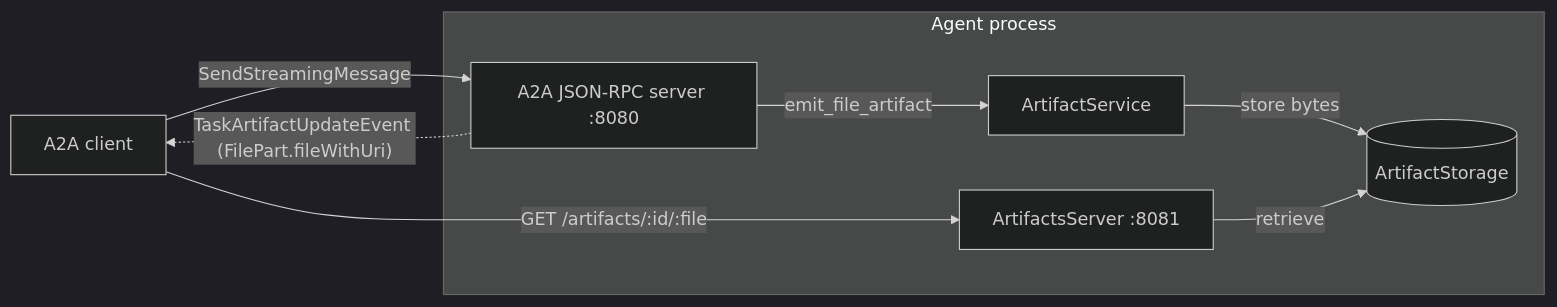
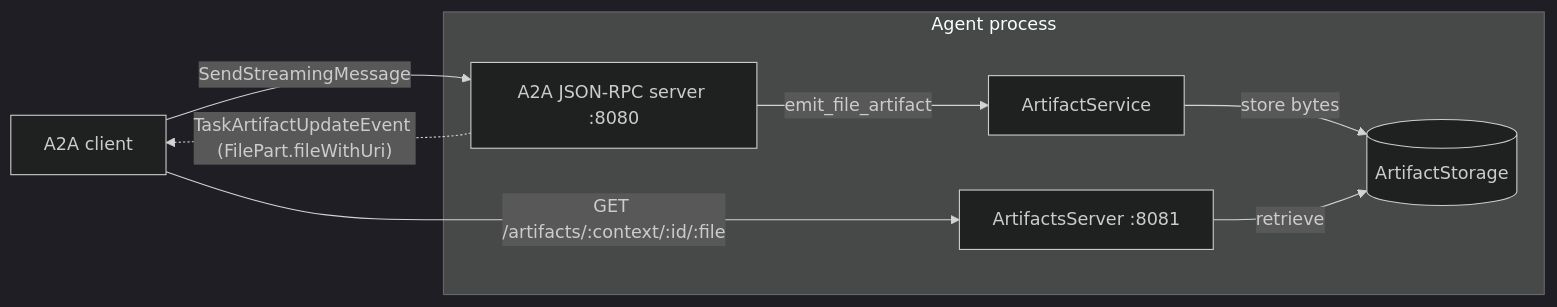
Before and after one commit to inference-gateway/docs: the diagram in rust-adk.md, drawn with Mermaid (dark theme). The commit also changed other lines of this file, not shown here.

````diff
--- a/rust-adk.md
+++ b/rust-adk.md
@@ -946,16 +946,16 @@
 ```mermaid
 flowchart LR
     client["A2A client"]
     subgraph proc["Agent process"]
       a2a["A2A JSON-RPC server :8080"]
       artsrv["ArtifactsServer :8081"]
       svc["ArtifactService"]
       store[("ArtifactStorage")]
     end
     client -->|"SendStreamingMessage"| a2a
     a2a -->|"emit_file_artifact"| svc
     svc -->|"store bytes"| store
     a2a -.->|"TaskArtifactUpdateEvent (FilePart.fileWithUri)"| client
-    client -->|"GET /artifacts/:id/:file"| artsrv
+    client -->|"GET /artifacts/:context/:id/:file"| artsrv
     artsrv -->|"retrieve"| store
 ```
````
